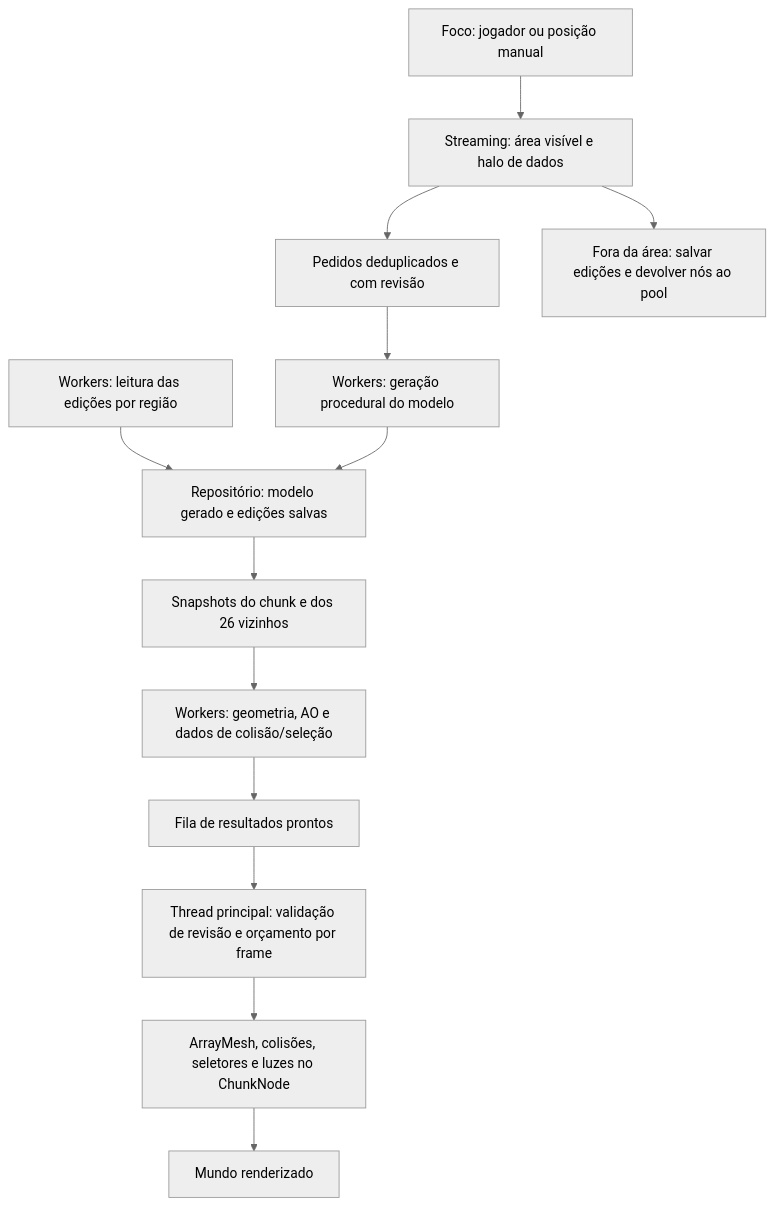
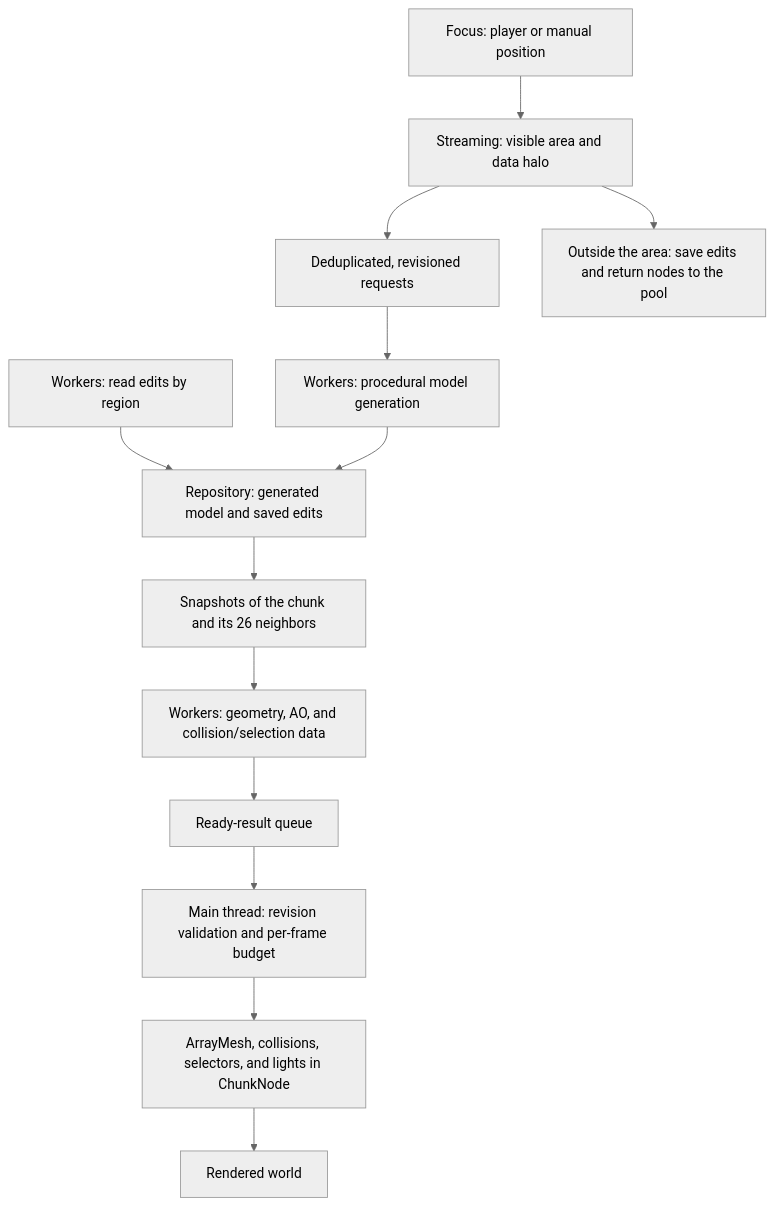
Before and after one commit to JhonnR9/godot-extension-game: the diagram in README.md, drawn with Mermaid (neutral theme). The commit also changed other lines of this file, not shown here.

````diff
--- a/README.md
+++ b/README.md
@@ -103,15 +103,15 @@
 ```mermaid
 flowchart TD
-    A["Foco: jogador ou posição manual"] --> B["Streaming: área visível e halo de dados"]
-    B --> C["Pedidos deduplicados e com revisão"]
-    C --> D["Workers: geração procedural do modelo"]
-    E["Workers: leitura das edições por região"] --> F["Repositório: modelo gerado e edições salvas"]
+    A["Focus: player or manual position"] --> B["Streaming: visible area and data halo"]
+    B --> C["Deduplicated, revisioned requests"]
+    C --> D["Workers: procedural model generation"]
+    E["Workers: read edits by region"] --> F["Repository: generated model and saved edits"]
     D --> F
-    F --> G["Snapshots do chunk e dos 26 vizinhos"]
-    G --> H["Workers: geometria, AO e dados de colisão/seleção"]
-    H --> I["Fila de resultados prontos"]
-    I --> J["Thread principal: validação de revisão e orçamento por frame"]
-    J --> K["ArrayMesh, colisões, seletores e luzes no ChunkNode"]
-    K --> L["Mundo renderizado"]
-    B --> M["Fora da área: salvar edições e devolver nós ao pool"]
+    F --> G["Snapshots of the chunk and its 26 neighbors"]
+    G --> H["Workers: geometry, AO, and collision/selection data"]
+    H --> I["Ready-result queue"]
+    I --> J["Main thread: revision validation and per-frame budget"]
+    J --> K["ArrayMesh, collisions, selectors, and lights in ChunkNode"]
+    K --> L["Rendered world"]
+    B --> M["Outside the area: save edits and return nodes to the pool"]
 ```
````
